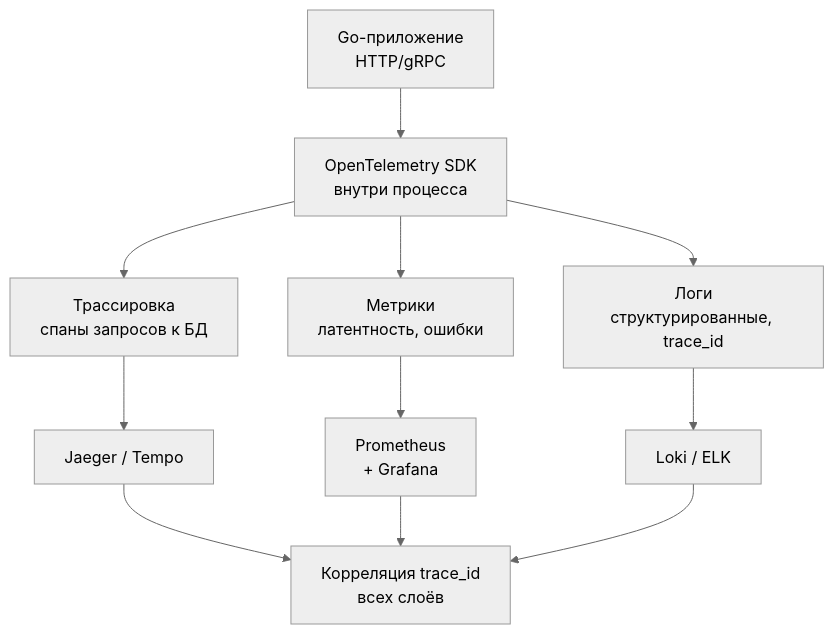
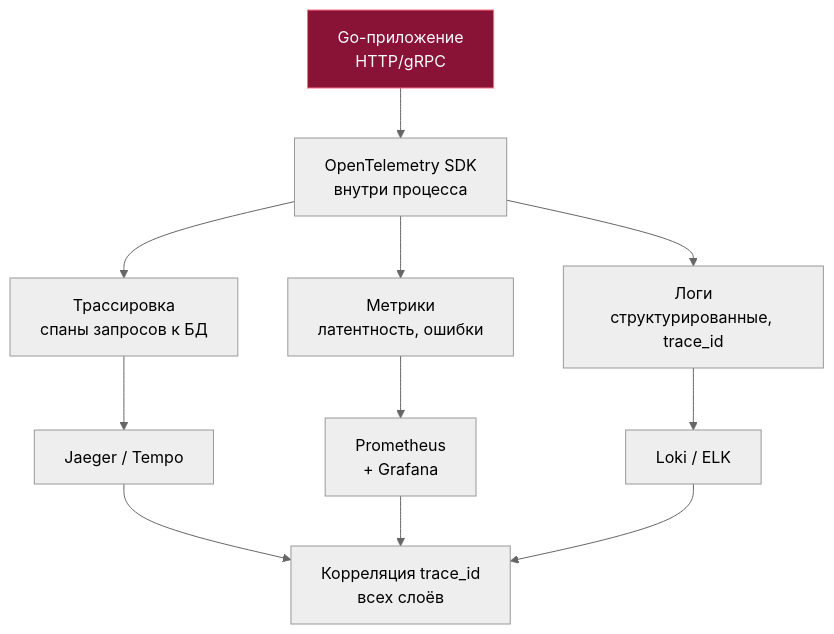
Before and after one commit to UnrealTemplier/go-textbook: the diagram in sources/12. Базы данных/10. Практика и архитектура/19. Observability БД.md, drawn with Mermaid (neutral theme). The commit also changed 1666 other files, not shown here.

First line of the commit message:
feat(mermaid): add semantic color classDef to 1369 colorless flowchart/graph diagrams

````diff
--- a/sources/12. Базы данных/10. Практика и архитектура/19. Observability БД.md
+++ b/sources/12. Базы данных/10. Практика и архитектура/19. Observability БД.md
@@ -18,13 +18,23 @@
 ```mermaid
 flowchart TD
-    App["Go-приложение<br>HTTP/gRPC"] --> OTel["OpenTelemetry SDK<br>внутри процесса"]
+    classDef process  fill:#1e293b,stroke:#38bdf8,stroke-width:1px,color:#f8fafc
+    classDef success  fill:#064e3b,stroke:#34d399,stroke-width:1px,color:#f8fafc
+    classDef error    fill:#7f1d1d,stroke:#f87171,stroke-width:1px,color:#f8fafc
+    classDef warning  fill:#78350f,stroke:#fbbf24,stroke-width:1px,color:#f8fafc
+    classDef entry    fill:#1e3a5f,stroke:#38bdf8,stroke-width:2px,color:#f8fafc
+    classDef aux      fill:#334155,stroke:#64748b,stroke-width:1px,color:#f8fafc
+    classDef system   fill:#312e81,stroke:#a78bfa,stroke-width:1px,color:#f8fafc
+    classDef data     fill:#132d29,stroke:#2dd4bf,stroke-width:1px,color:#f8fafc
+    classDef network  fill:#881337,stroke:#fb7185,stroke-width:1px,color:#f8fafc
+    classDef accent   fill:#1e1b4b,stroke:#818cf8,stroke-width:1px,color:#f8fafc
+    App["Go-приложение<br>HTTP/gRPC"]:::network --> OTel["OpenTelemetry SDK<br>внутри процесса"]
     OTel --> Traces["Трассировка<br>спаны запросов к БД"]
     OTel --> Metrics["Метрики<br>латентность, ошибки"]
     OTel --> Logs["Логи<br>структурированные, trace_id"]
     Traces --> Backend["Jaeger / Tempo"]
     Metrics --> Prometheus["Prometheus<br>+ Grafana"]
     Logs --> Loki["Loki / ELK"]
     Backend --> Correlation["Корреляция trace_id<br>всех слоёв"]
     Prometheus --> Correlation
     Loki --> Correlation
 ```
````
